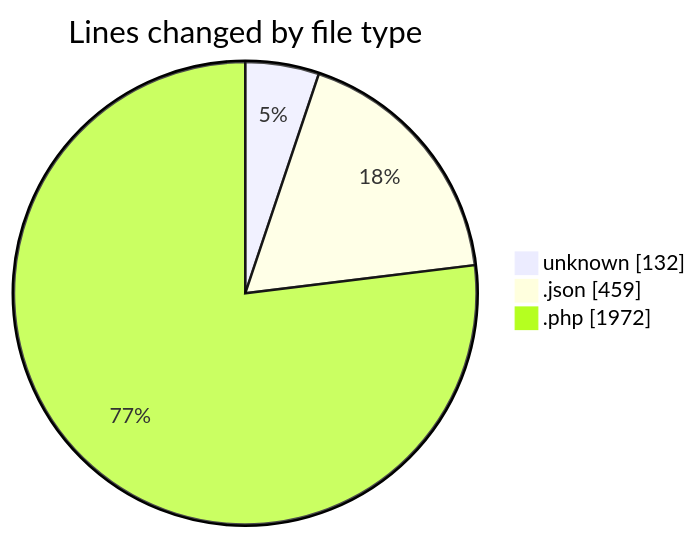
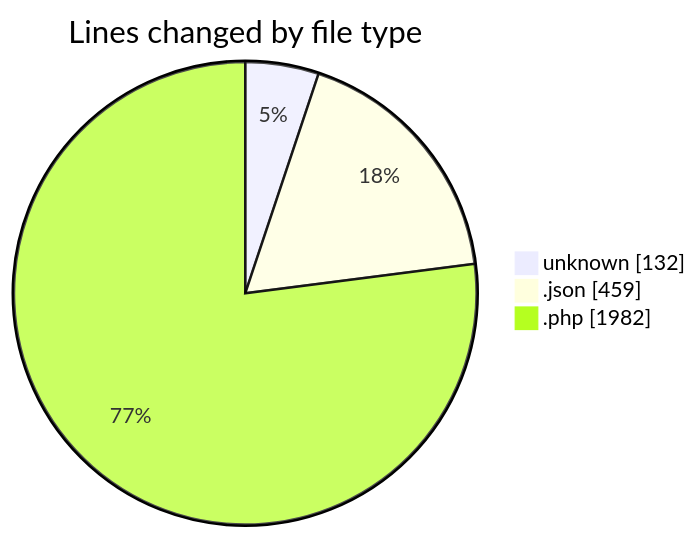
Before and after one commit to idhammustaqopulfikri/code-tracking: the first of 2 diagrams in 2025-03-26/autodidak/README.md, drawn with Mermaid. The commit also changed other lines of this file and 1 other file, not shown here.

````diff
--- a/2025-03-26/autodidak/README.md
+++ b/2025-03-26/autodidak/README.md
@@ -33,7 +33,7 @@
 ```mermaid
 pie showData
 title Lines changed by file type
 "unknown" : 132
 ".json" : 459
-".php" : 1972
+".php" : 1982
 ```
````
